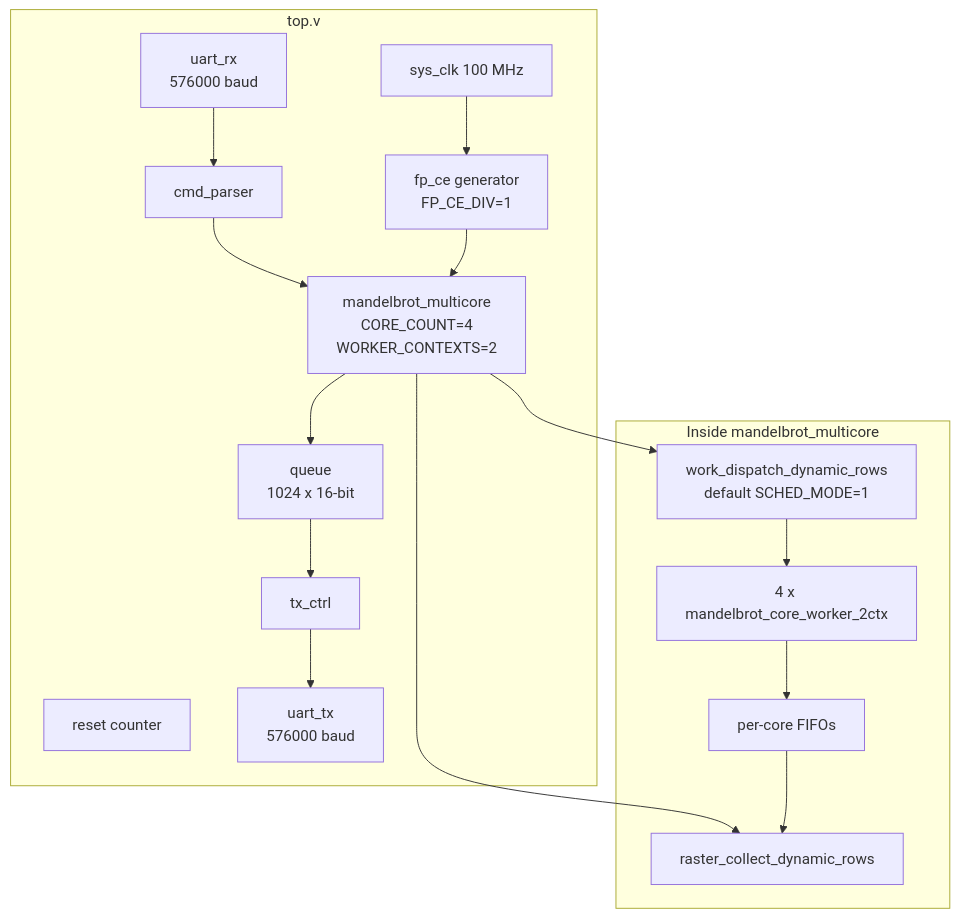
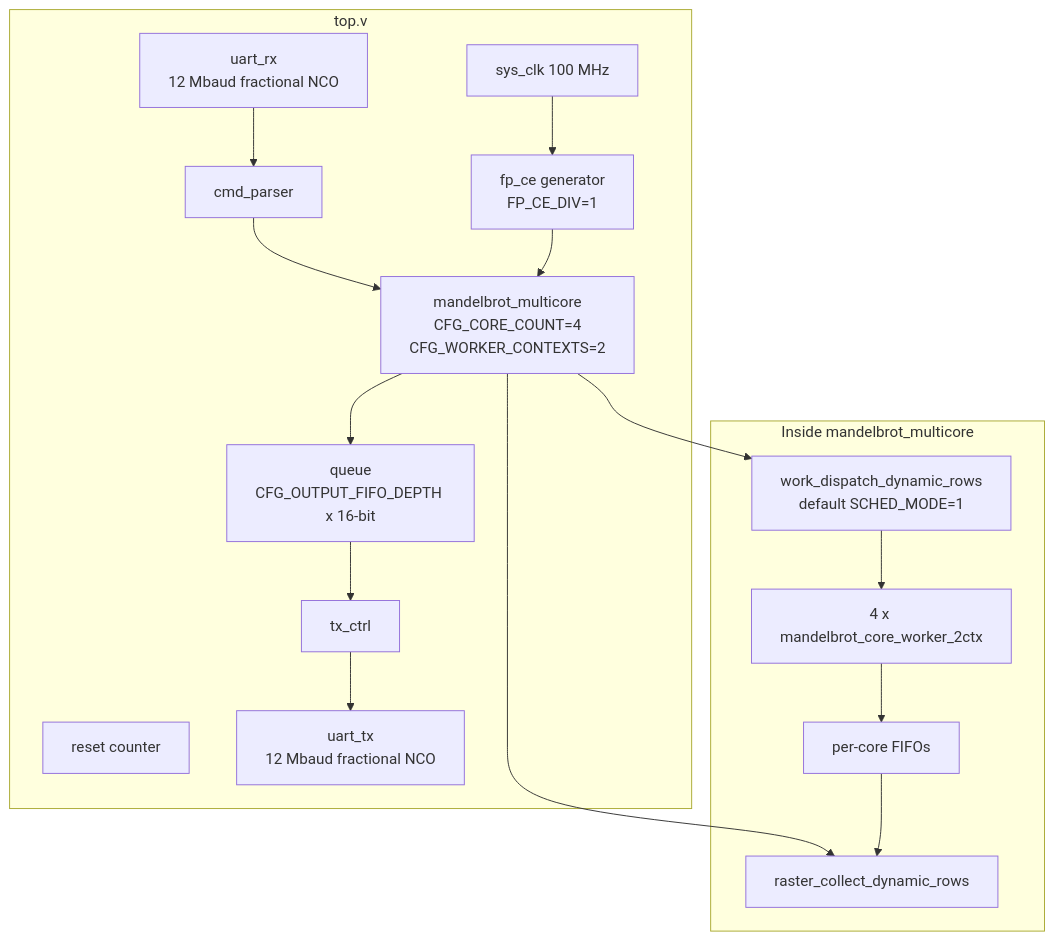
Before and after one commit to RESBI/FPGA-Mandelbrot-Demo: the second of 4 diagrams in README.md, drawn with Mermaid. The commit also changed other lines of this file and 18 other files, not shown here.

Commit message:
Add fractional UART config and 12M benchmarks

````diff
--- a/README.md
+++ b/README.md
@@ -121,29 +122,29 @@
 ```mermaid
 flowchart TB
     subgraph TOP[top.v]
         CLK[sys_clk 100 MHz] --> CE[fp_ce generator<br/>FP_CE_DIV=1]
         RST[reset counter]
 
-        URX[uart_rx<br/>576000 baud]
-        UTX[uart_tx<br/>576000 baud]
+        URX[uart_rx<br/>12 Mbaud fractional NCO]
+        UTX[uart_tx<br/>12 Mbaud fractional NCO]
         CMD[cmd_parser]
-        CORE[mandelbrot_multicore<br/>CORE_COUNT=4<br/>WORKER_CONTEXTS=2]
-        FIFO[queue<br/>1024 x 16-bit]
+        CORE[mandelbrot_multicore<br/>CFG_CORE_COUNT=4<br/>CFG_WORKER_CONTEXTS=2]
+        FIFO[queue<br/>CFG_OUTPUT_FIFO_DEPTH x 16-bit]
         TXC[tx_ctrl]
 
         URX --> CMD
         CMD --> CORE
         CE --> CORE
         CORE --> FIFO
         FIFO --> TXC
         TXC --> UTX
     end
 
     subgraph MC[Inside mandelbrot_multicore]
         CORE --> DISP[work_dispatch_dynamic_rows<br/>default SCHED_MODE=1]
         CORE --> MERGE[raster_collect_dynamic_rows]
         DISP --> WORKERS[4 x mandelbrot_core_worker_2ctx]
         WORKERS --> CFIFO[per-core FIFOs]
         CFIFO --> MERGE
     end
 ```
````
